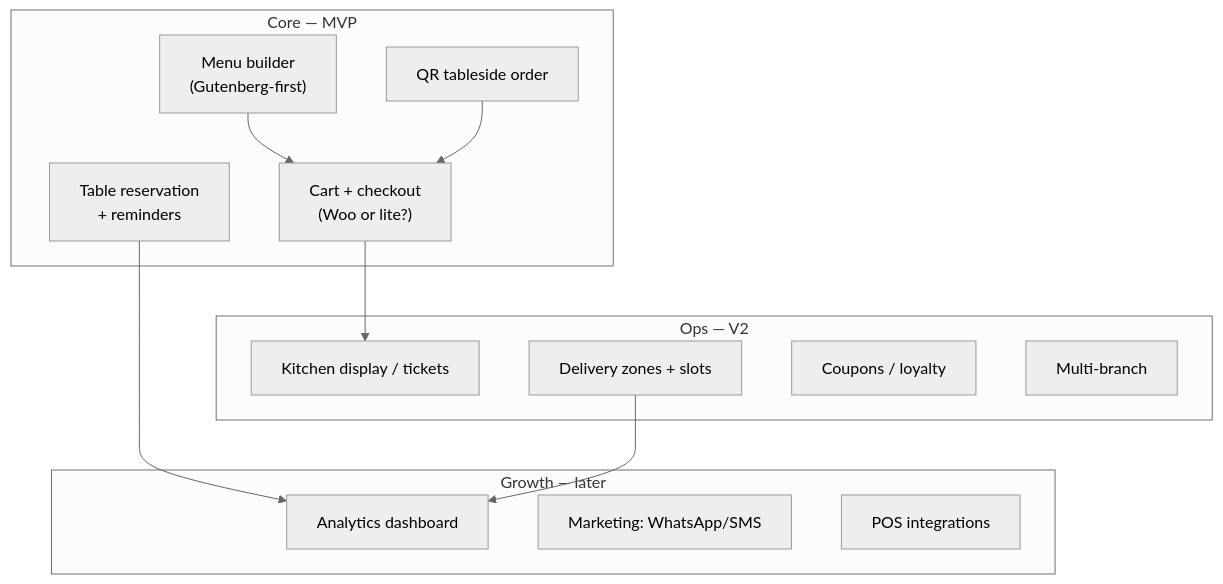
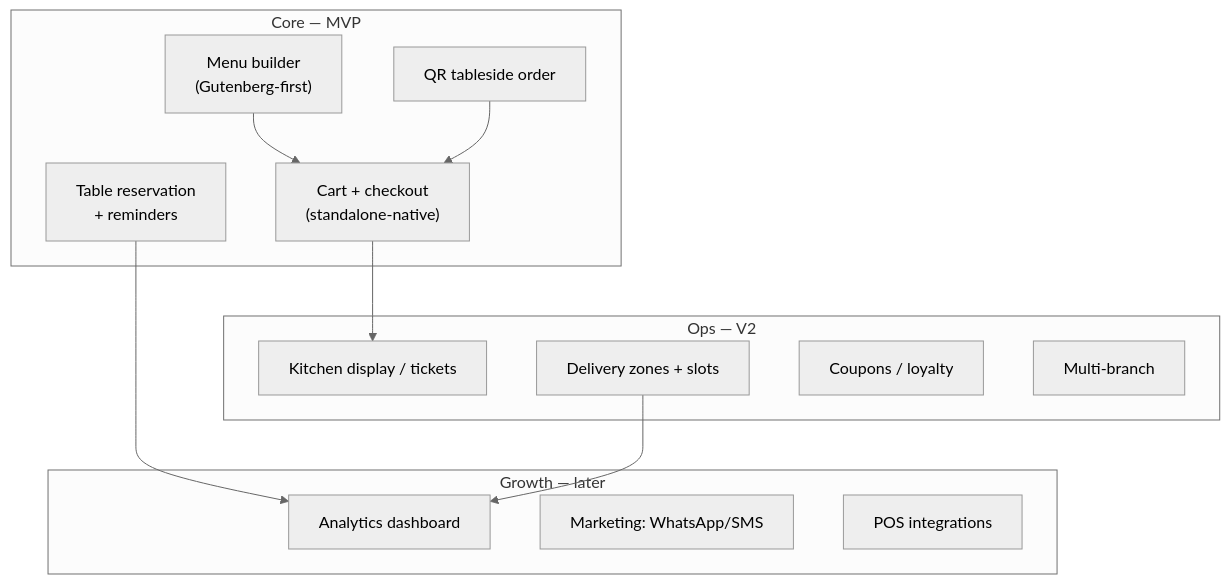
One commit to sakib3201/smooth-restaurant changed the first of 2 diagrams in smooth-restuarant/04-feature-map.md. Above: the diagram before and after it, drawn with Mermaid (neutral theme). The commit also changed other lines of this file and 17 other files, not shown here.

````diff
--- a/smooth-restuarant/04-feature-map.md
+++ b/smooth-restuarant/04-feature-map.md
@@ -18,27 +18,27 @@
 ```mermaid
 graph TD
     subgraph CORE["Core — MVP"]
         M1["Menu builder<br/>(Gutenberg-first)"]
-        M2["Cart + checkout<br/>(Woo or lite?)"]
+        M2["Cart + checkout<br/>(standalone-native)"]
         M3["Table reservation<br/>+ reminders"]
         M4["QR tableside order"]
     end
     subgraph OPS["Ops — V2"]
         O1["Kitchen display / tickets"]
         O2["Delivery zones + slots"]
         O3["Coupons / loyalty"]
         O4["Multi-branch"]
     end
     subgraph GROWTH["Growth — later"]
         G1["Analytics dashboard"]
         G2["Marketing: WhatsApp/SMS"]
         G3["POS integrations"]
     end
     M1 --> M2 --> O1
     M4 --> M2
     M3 --> G1
     O2 --> G1
 
     class M1 internal-link
     class M2 internal-link
 ```
````
